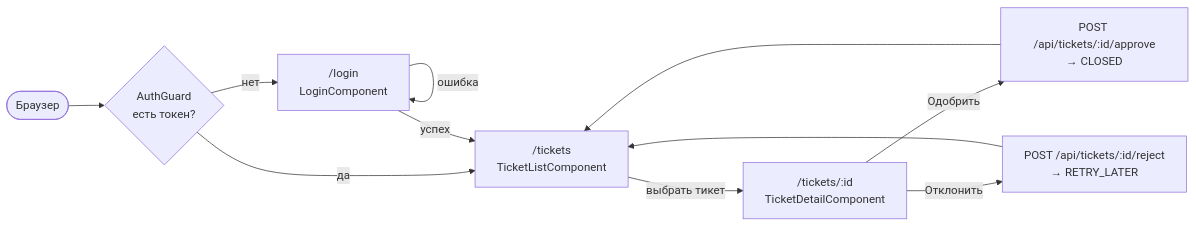
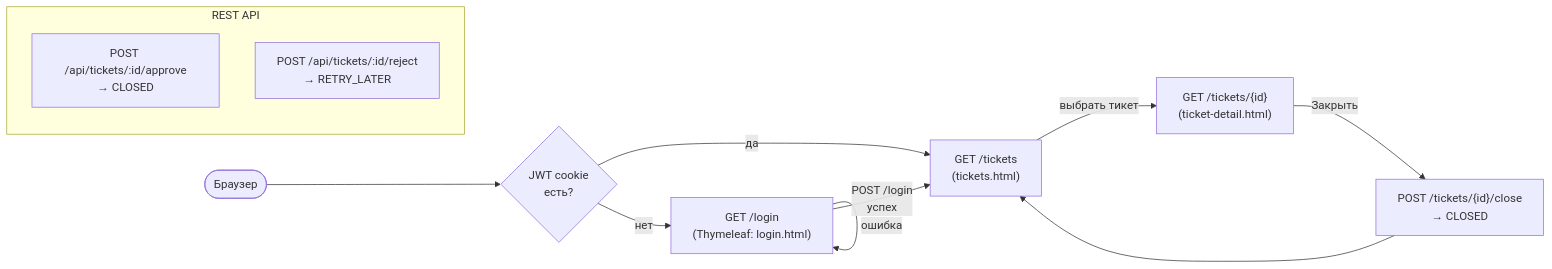
One commit to olegskel7-wq/smart-freight-inbox changed the sixth of 16 diagrams in docs/MERMAID_DIAGRAMS.md. Above: the diagram before and after it, drawn with Mermaid. The commit also changed other lines of this file and 29 other files, not shown here.

First line of the commit message:
Remove JWT in favour of Spring Security session auth; update docs

````diff
--- a/docs/MERMAID_DIAGRAMS.md
+++ b/docs/MERMAID_DIAGRAMS.md
@@ -195,17 +201,20 @@
 ```mermaid
 flowchart LR
-  START([Браузер]) --> GUARD{AuthGuard\nесть токен?}
-  GUARD -->|нет| LOGIN["/login\nLoginComponent"]
-  GUARD -->|да| LIST["/tickets\nTicketListComponent"]
+  START([Браузер]) --> GUARD{JWT cookie\nесть?}
+  GUARD -->|нет| LOGIN["GET /login\n(Thymeleaf: login.html)"]
+  GUARD -->|да| LIST["GET /tickets\n(tickets.html)"]
 
-  LOGIN -->|успех| LIST
+  LOGIN -->|POST /login\nуспех| LIST
   LOGIN -->|ошибка| LOGIN
 
-  LIST -->|выбрать тикет| DETAIL["/tickets/:id\nTicketDetailComponent"]
+  LIST -->|выбрать тикет| DETAIL["GET /tickets/{id}\n(ticket-detail.html)"]
 
-  DETAIL -->|Одобрить| APPROVE["POST /api/tickets/:id/approve\n→ CLOSED"]
-  DETAIL -->|Отклонить| REJECT["POST /api/tickets/:id/reject\n→ RETRY_LATER"]
+  DETAIL -->|Закрыть| CLOSE["POST /tickets/{id}/close\n→ CLOSED"]
+  CLOSE --> LIST
 
-  APPROVE --> LIST
-  REJECT --> LIST
+  %% Параллельно — REST API для внешних клиентов:
+  subgraph REST [REST API]
+    A1[POST /api/tickets/:id/approve\n→ CLOSED]
+    R1[POST /api/tickets/:id/reject\n→ RETRY_LATER]
+  end
 ```
````
